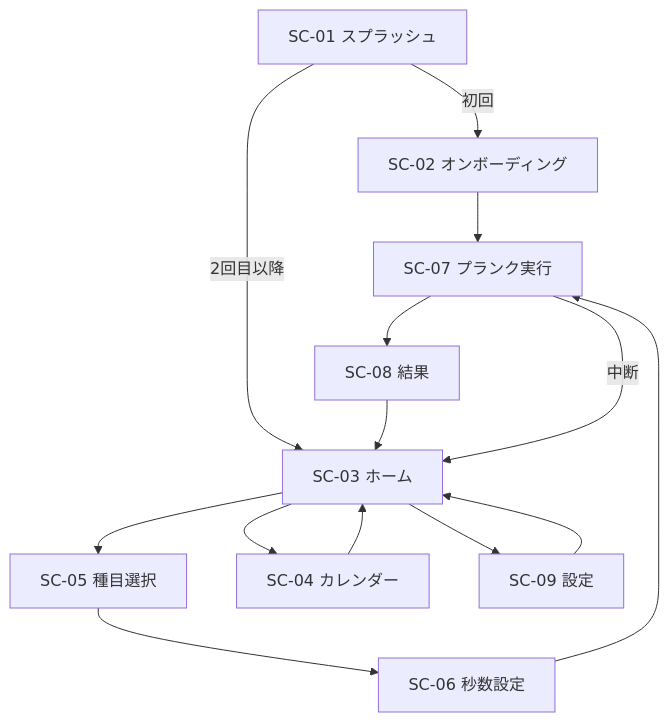
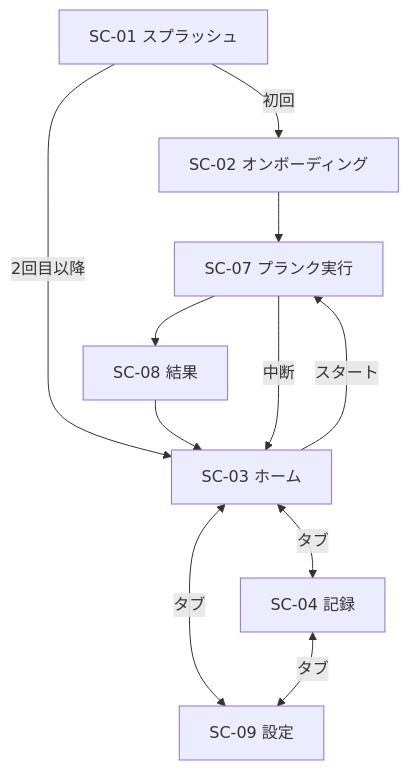
One commit to hakuchan-karityhi/fukkinApp changed the first of 3 diagrams in 01-design/04-basic-design.md. Above: the diagram before and after it, drawn with Mermaid. The commit also changed other lines of this file and 26 other files, not shown here.

````diff
--- a/01-design/04-basic-design.md
+++ b/01-design/04-basic-design.md
@@ -126,16 +126,13 @@
 ```mermaid
 flowchart TD
     A[SC-01 スプラッシュ] -->|初回| B[SC-02 オンボーディング]
     A -->|2回目以降| C[SC-03 ホーム]
     B --> D[SC-07 プランク実行]
     D --> E[SC-08 結果]
     E --> C
-    C --> F[SC-05 種目選択]
-    F --> G[SC-06 秒数設定]
-    G --> D
-    C --> H[SC-04 カレンダー]
-    H --> C
-    C --> I[SC-09 設定]
-    I --> C
+    C -->|スタート| D
+    C <-->|タブ| H[SC-04 記録]
+    C <-->|タブ| I[SC-09 設定]
+    H <-->|タブ| I
     D -->|中断| C
 ```
````
